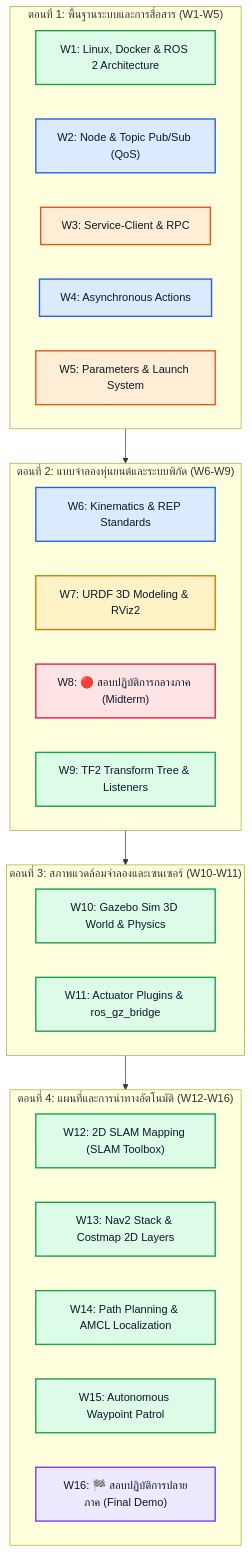
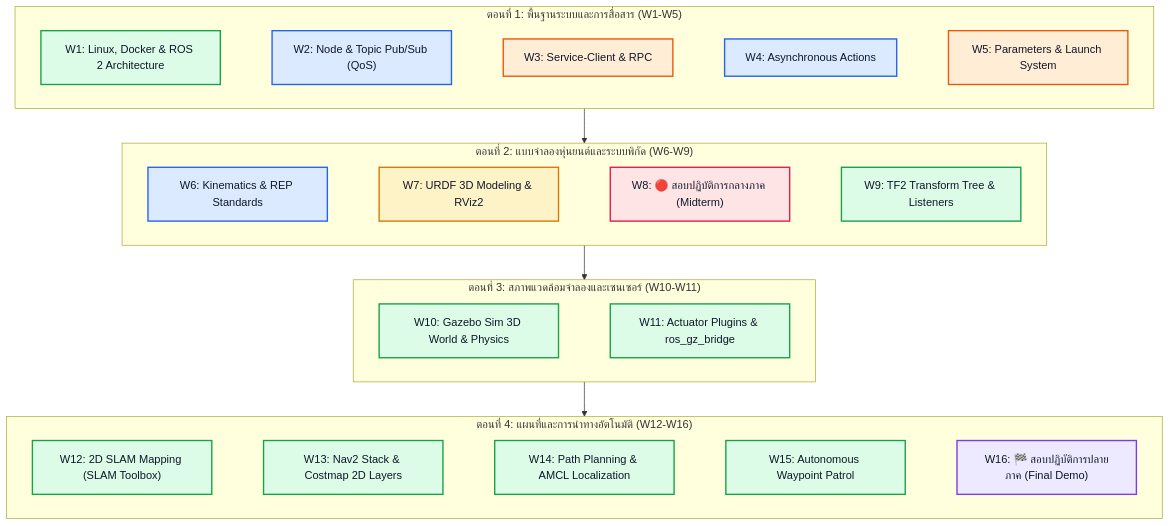
Before and after one commit to alfaXphoori/ros2: the diagram in docs/diagrams/src/syllabus-essential.mmd, drawn with Mermaid. The commit also changed 57 other files, not shown here.

Commit message:
docs(diagrams): stack wide flowcharts vertically for crisp readability on GitHub

```diff
--- a/docs/diagrams/src/syllabus-essential.mmd
+++ b/docs/diagrams/src/syllabus-essential.mmd
@@ -1,46 +1,58 @@
 flowchart TD
     subgraph Part1 ["ตอนที่ 1: พื้นฐานระบบและการสื่อสาร (W1-W5)"]
         W1["W1: Linux, Docker & ROS 2 Architecture"]
+        W1 ~~~ W2
         W2["W2: Node & Topic Pub/Sub (QoS)"]
+        W2 ~~~ W3
         W3["W3: Service-Client & RPC"]
+        W3 ~~~ W4
         W4["W4: Asynchronous Actions"]
+        W4 ~~~ W5
         W5["W5: Parameters & Launch System"]
     end
 
     subgraph Part2 ["ตอนที่ 2: แบบจำลองหุ่นยนต์และระบบพิกัด (W6-W9)"]
         W6["W6: Kinematics & REP Standards"]
+        W6 ~~~ W7
         W7["W7: URDF 3D Modeling & RViz2"]
+        W7 ~~~ W8
         W8["W8: 🔴 สอบปฏิบัติการกลางภาค (Midterm)"]
+        W8 ~~~ W9
         W9["W9: TF2 Transform Tree & Listeners"]
     end
 
     subgraph Part3 ["ตอนที่ 3: สภาพแวดล้อมจำลองและเซนเซอร์ (W10-W11)"]
         W10["W10: Gazebo Sim 3D World & Physics"]
+        W10 ~~~ W11
         W11["W11: Actuator Plugins & ros_gz_bridge"]
     end
 
     subgraph Part4 ["ตอนที่ 4: แผนที่และการนำทางอัตโนมัติ (W12-W16)"]
         W12["W12: 2D SLAM Mapping (SLAM Toolbox)"]
+        W12 ~~~ W13
         W13["W13: Nav2 Stack & Costmap 2D Layers"]
+        W13 ~~~ W14
         W14["W14: Path Planning & AMCL Localization"]
+        W14 ~~~ W15
         W15["W15: Autonomous Waypoint Patrol"]
+        W15 ~~~ W16
         W16["W16: 🏁 สอบปฏิบัติการปลายภาค (Final Demo)"]
     end
 
     Part1 --> Part2
     Part2 --> Part3
     Part3 --> Part4
 
     classDef node fill:#dbeafe,stroke:#2563eb,stroke-width:2px,color:#0f172a
     classDef sim fill:#dcfce7,stroke:#16a34a,stroke-width:2px,color:#0f172a
     classDef hw fill:#fef3c7,stroke:#d97706,stroke-width:2px,color:#0f172a
     classDef sec fill:#ffe4e6,stroke:#e11d48,stroke-width:2px,color:#0f172a
     classDef bt fill:#ede9fe,stroke:#7c3aed,stroke-width:2px,color:#0f172a
     classDef tool fill:#ffedd5,stroke:#ea580c,stroke-width:2px,color:#0f172a
     classDef cfg fill:#f1f5f9,stroke:#64748b,stroke-width:2px,color:#0f172a
     class W2,W4,W6 node
     class W1,W9,W10,W11,W12,W13,W14,W15 sim
     class W7 hw
     class W8 sec
     class W16 bt
     class W3,W5 tool
```
